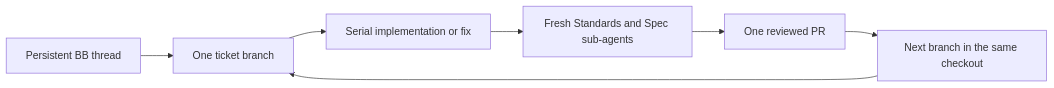
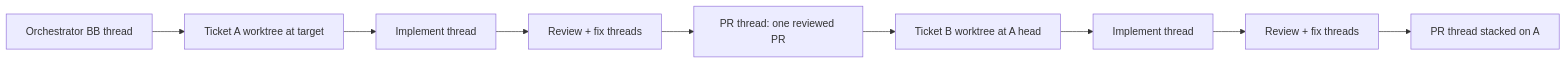
Before and after one commit to amrtawfik160/bb-orchestration-skills: the diagram in README.md, drawn with Mermaid. The commit also changed other lines of this file and 31 other files, not shown here.

````diff
--- a/README.md
+++ b/README.md
@@ -36,9 +36,11 @@
 ```mermaid
 flowchart LR
-    T[Persistent BB thread] --> I[One ticket branch]
-    I --> W[Serial implementation or fix]
-    W --> R[Fresh Standards and Spec sub-agents]
-    R --> P[One reviewed PR]
-    P --> N[Next branch in the same checkout]
-    N --> I
+    T[Orchestrator BB thread] --> E1[Ticket A worktree at target]
+    E1 --> I1[Implement thread]
+    I1 --> R1[Review + fix threads]
+    R1 --> P1[PR thread: one reviewed PR]
+    P1 --> E2[Ticket B worktree at A head]
+    E2 --> I2[Implement thread]
+    I2 --> R2[Review + fix threads]
+    R2 --> P2[PR thread stacked on A]
 ```
````
